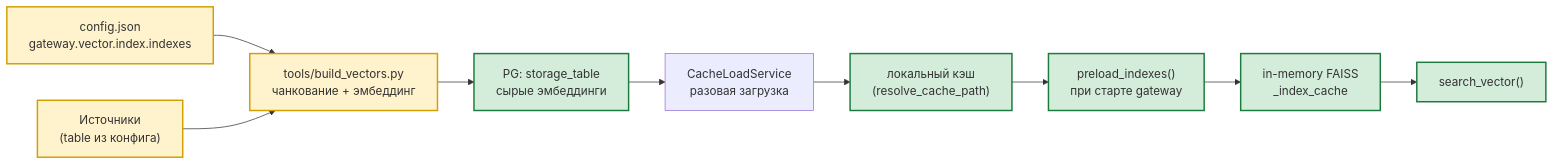
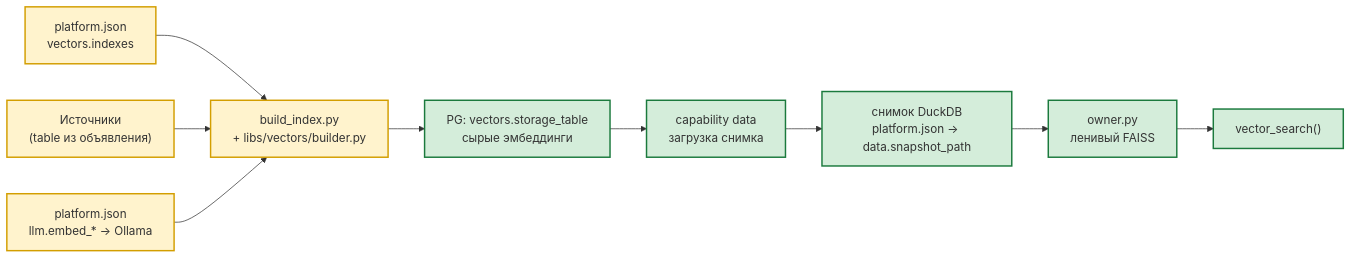
One commit to AlexEgorov85/workspaces_nanobot changed the diagram in docs/VECTOR_INDEXES.md. Above: the diagram before and after it, drawn with Mermaid. The commit also changed other lines of this file and 5 other files, not shown here.

````diff
--- a/docs/VECTOR_INDEXES.md
+++ b/docs/VECTOR_INDEXES.md
@@ -8,15 +35,15 @@
 ```mermaid
 flowchart LR
-    CFG["config.json<br/>gateway.vector.index.indexes"] --> BL["tools/build_vectors.py<br/>чанкование + эмбеддинг"]
-    SRC["Источники<br/>(table из конфига)"] --> BL
-    BL --> PG["PG: storage_table<br/>сырые эмбеддинги"]
-    PG --> LOAD["CacheLoadService<br/>разовая загрузка"]
-    LOAD --> SNAP["локальный кэш<br/>(resolve_cache_path)"]
-    SNAP --> PRE["preload_indexes()<br/>при старте gateway"]
-    PRE --> MEM["in-memory FAISS<br/>_index_cache"]
-    MEM --> SE["search_vector()"]
+    CFG["platform.json<br/>vectors.indexes"] --> BL["build_index.py<br/>+ libs/vectors/builder.py"]
+    SRC["Источники<br/>(table из объявления)"] --> BL
+    EMB["platform.json<br/>llm.embed_* → Ollama"] --> BL
+    BL --> PG["PG: vectors.storage_table<br/>сырые эмбеддинги"]
+    PG --> LOAD["capability data<br/>загрузка снимка"]
+    LOAD --> SNAP["снимок DuckDB<br/>platform.json → data.snapshot_path"]
+    SNAP --> OWN["owner.py<br/>ленивый FAISS"]
+    OWN --> SE["vector_search()"]
     classDef core fill:#fff3cd,stroke:#d39e00,stroke-width:2px
     classDef infra fill:#d4edda,stroke:#1b7a3d,stroke-width:2px
-    class CFG,SRC,BL core
-    class PG,SYNC,SNAP,PRE,MEM,SE infra
+    class CFG,SRC,BL,EMB core
+    class PG,LOAD,SNAP,OWN,SE infra
 ```
````
